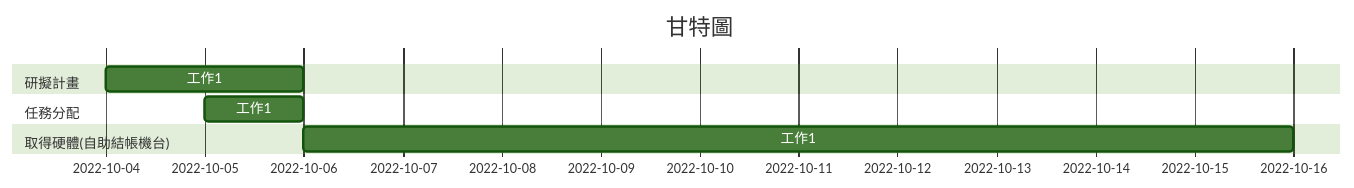
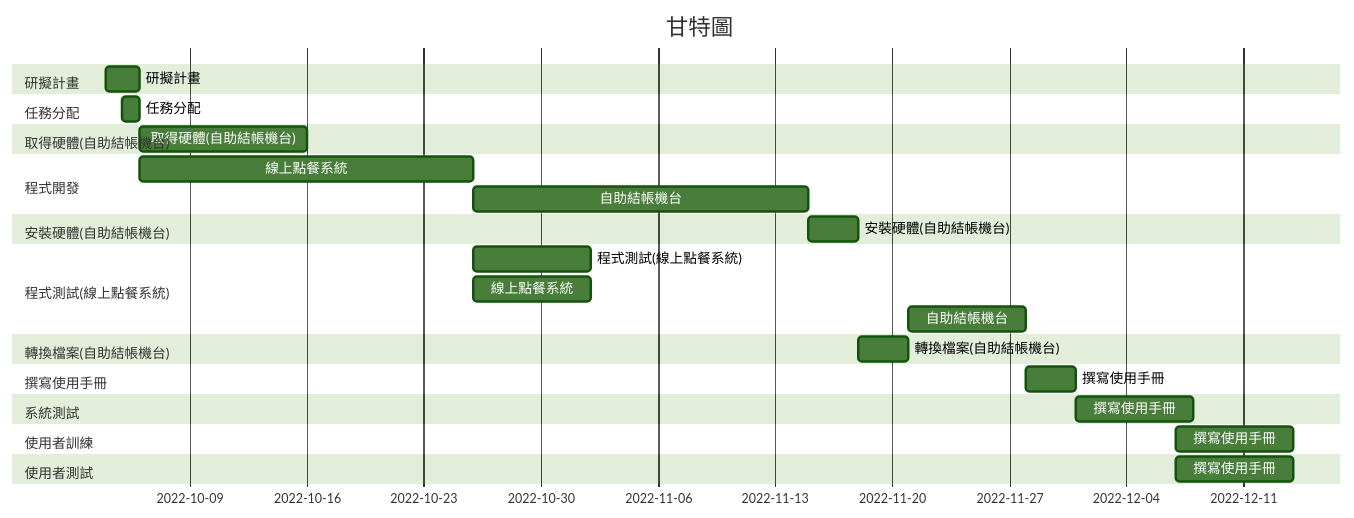
Before and after one commit to bingxueNKUST/group12: the diagram in README.md, drawn with Mermaid (forest theme).

````diff
--- a/README.md
+++ b/README.md
@@ -9,12 +9,42 @@
 ```mermaid
 gantt
     title 甘特圖
     section 研擬計畫
-    工作1:a1, 2022-10-04, 2d
+    研擬計畫:a1, 2022-10-04, 2d
     
     section 任務分配
-    工作1:2022-10-05  , 1d
+    任務分配:2022-10-05  , 1d
     
     section 取得硬體(自助結帳機台)
-    工作1:2022-10-06, 10d
+    取得硬體(自助結帳機台):2022-10-06, 10d
+    
+    section 程式開發
+    線上點餐系統:2022-10-6, 20d
+    自助結帳機台:2022-10-26, 20d
+    
+    section 安裝硬體(自助結帳機台)
+    安裝硬體(自助結帳機台):2022-11-15, 3d
+    
+    section 程式測試(線上點餐系統)
+    程式測試(線上點餐系統):2022-10-26, 7d
+    
+    section 程式測試(線上點餐系統)
+    線上點餐系統:2022-10-26, 7d
+    自助結帳機台:2022-11-21, 7d
+    
+    section 轉換檔案(自助結帳機台)
+    轉換檔案(自助結帳機台):2022-11-18, 3d
+    
+    section 撰寫使用手冊
+    撰寫使用手冊:2022-11-28, 3d
+    
+    section 系統測試
+    撰寫使用手冊:2022-12-01, 7d
+    
+    section 使用者訓練
+    撰寫使用手冊:2022-12-07, 7d
+    
+    section 使用者測試
+    撰寫使用手冊:2022-12-07, 7d
+    
 ```
````
